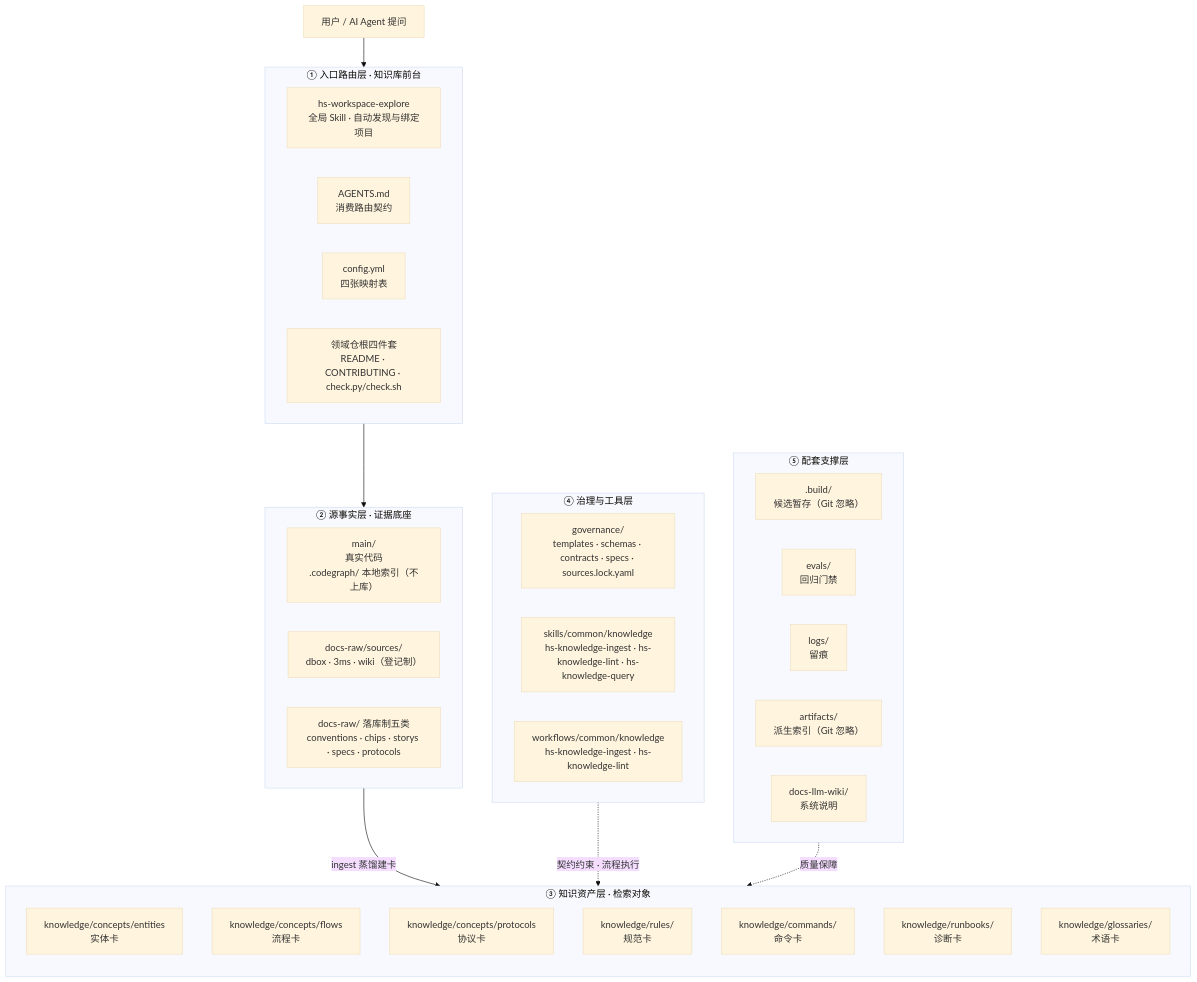
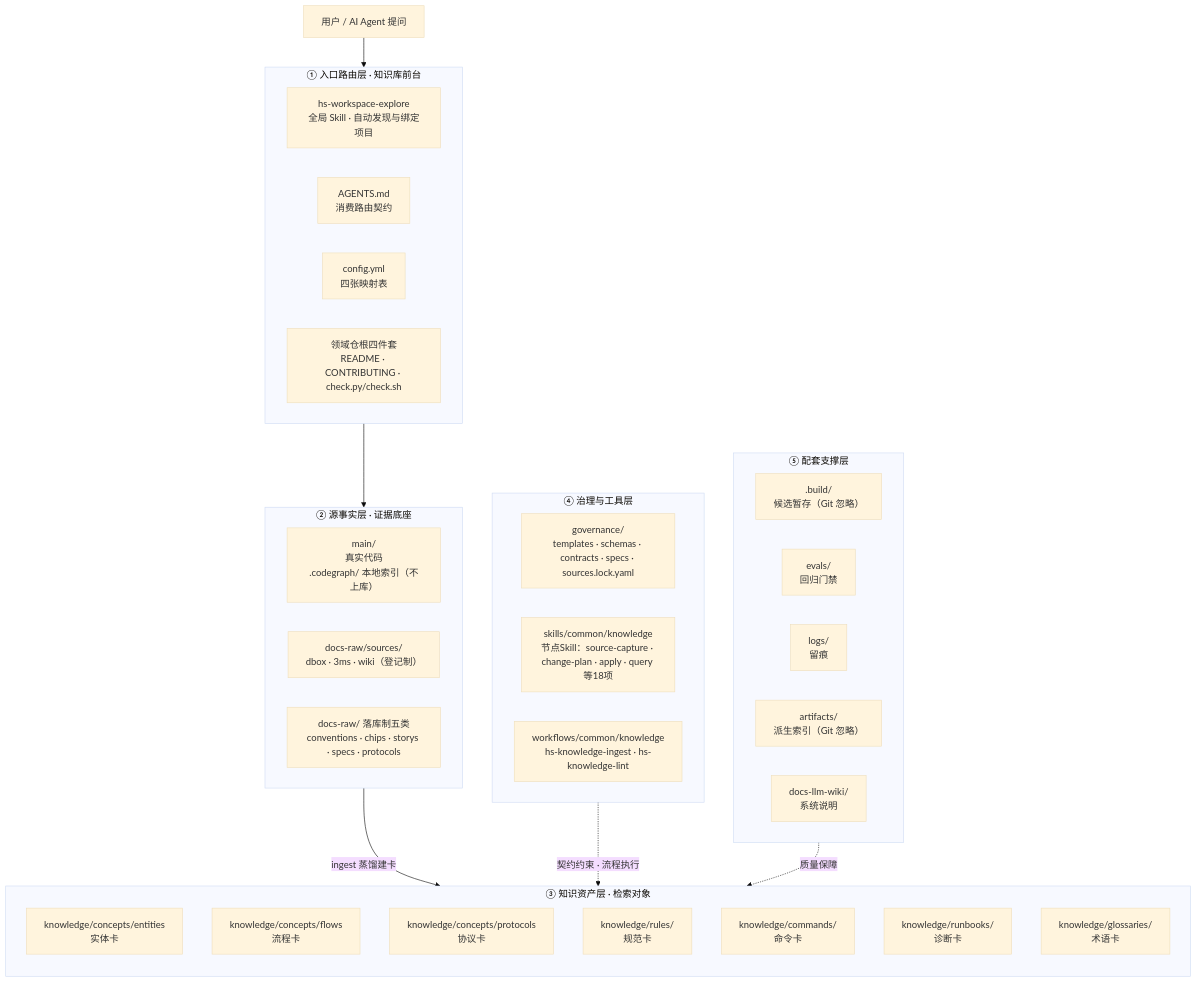
The first of 4 diagrams in aiotbot-knowledge-wifi/docs-llm-wiki/知识库详细设计.md (Robin-hhc/FactumCore), drawn with Mermaid (base theme) before and after one commit. The commit also changed other lines of this file and 29 other files, not shown here.

Commit message:
docs: define node skills and establish knowledge v2 SDD

````diff
--- a/aiotbot-knowledge-wifi/docs-llm-wiki/知识库详细设计.md
+++ b/aiotbot-knowledge-wifi/docs-llm-wiki/知识库详细设计.md
@@ -13,51 +13,51 @@
 ```mermaid
 flowchart TB
     U["用户 / AI Agent 提问"]
 
     subgraph S1["① 入口路由层 · 知识库前台"]
         direction LR
         A1["hs-workspace-explore<br />全局 Skill · 自动发现与绑定项目"]
         A2["AGENTS.md<br />消费路由契约"]
         A3["config.yml<br />四张映射表"]
         A4["领域仓根四件套<br />README · CONTRIBUTING · check.py/check.sh"]
     end
 
     subgraph S2["② 源事实层 · 证据底座"]
         direction LR
         B1["main/<br />真实代码<br />.codegraph/ 本地索引（不上库）"]
         B2["docs-raw/sources/<br />dbox · 3ms · wiki（登记制）"]
         B3["docs-raw/ 落库制五类<br />conventions · chips · storys · specs · protocols"]
     end
 
     subgraph S3["③ 知识资产层 · 检索对象"]
         direction TB
         C1["knowledge/concepts/entities<br />实体卡"]
         C2["knowledge/concepts/flows<br />流程卡"]
         C3["knowledge/concepts/protocols<br />协议卡"]
         C4["knowledge/rules/<br />规范卡"]
         C5["knowledge/commands/<br />命令卡"]
         C6["knowledge/runbooks/<br />诊断卡"]
         C7["knowledge/glossaries/<br />术语卡"]
     end
 
     subgraph S4["④ 治理与工具层"]
         direction LR
         D1["governance/<br />templates · schemas · contracts · specs · sources.lock.yaml"]
-        D2["skills/common/knowledge<br />hs-knowledge-ingest · hs-knowledge-lint · hs-knowledge-query"]
+        D2["skills/common/knowledge<br />节点Skill：source-capture · change-plan · apply · query 等18项"]
         D3["workflows/common/knowledge<br />hs-knowledge-ingest · hs-knowledge-lint"]
     end
 
     subgraph S5["⑤ 配套支撑层"]
         direction LR
         E1[".build/<br />候选暂存（Git 忽略）"]
         E2["evals/<br />回归门禁"]
         E3["logs/<br />留痕"]
         E4["artifacts/<br />派生索引（Git 忽略）"]
         E5["docs-llm-wiki/<br />系统说明"]
     end
 
     U --> S1 --> S2
     S2 -->|"ingest 蒸馏建卡"| S3
     S4 -.->|"契约约束 · 流程执行"| S3
     S5 -.->|"质量保障"| S3
 ```
````
